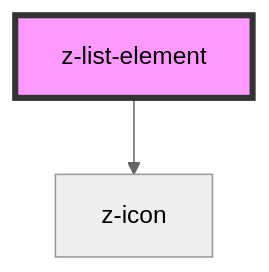
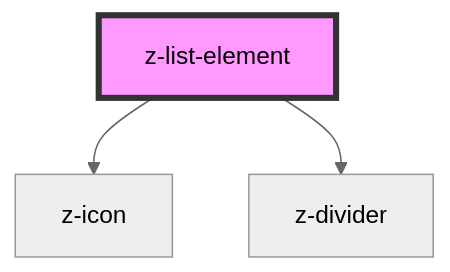
The diagram in src/components/list/z-list-element/readme.md (ZanichelliEditore/design-system), drawn with Mermaid (neutral theme) before and after one commit. The commit also changed other lines of this file and 10 other files, not shown here.

````diff
--- a/src/components/list/z-list-element/readme.md
+++ b/src/components/list/z-list-element/readme.md
@@ -25,5 +27,6 @@
 ```mermaid
 graph TD;
   z-list-element --> z-icon
+  z-list-element --> z-divider
   style z-list-element fill:#f9f,stroke:#333,stroke-width:4px
 ```
````
